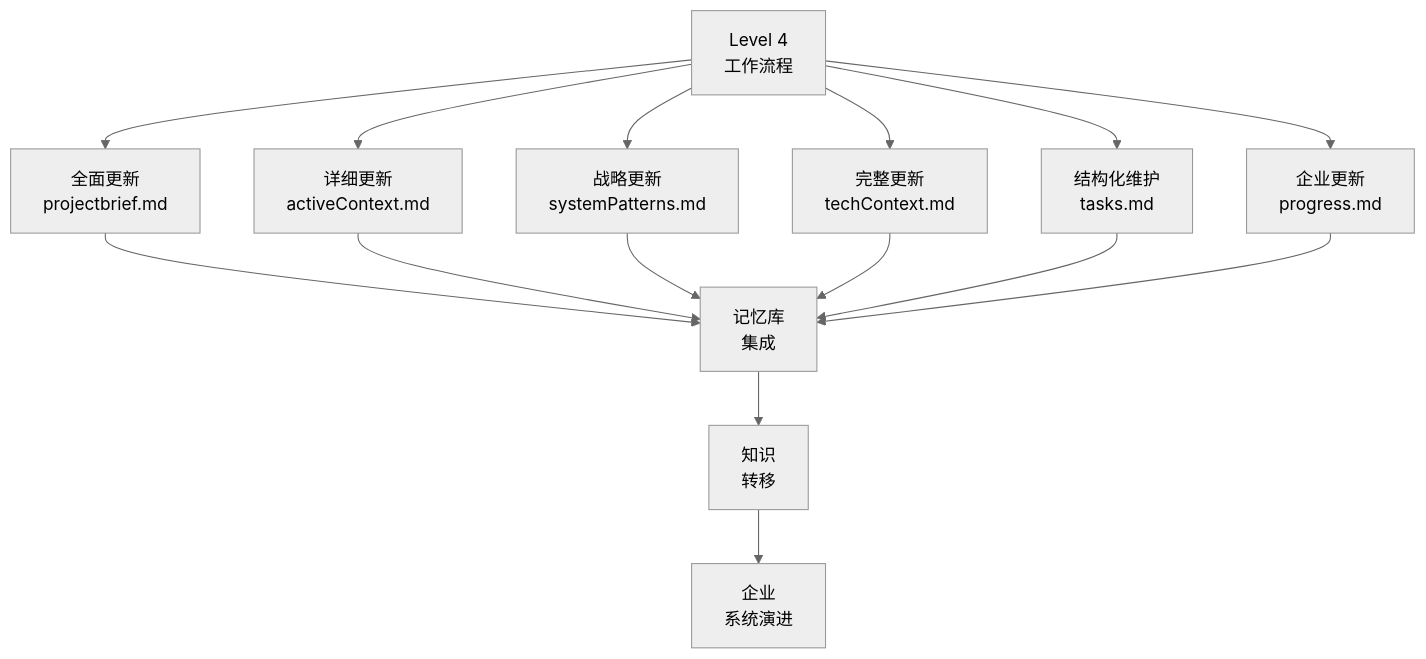
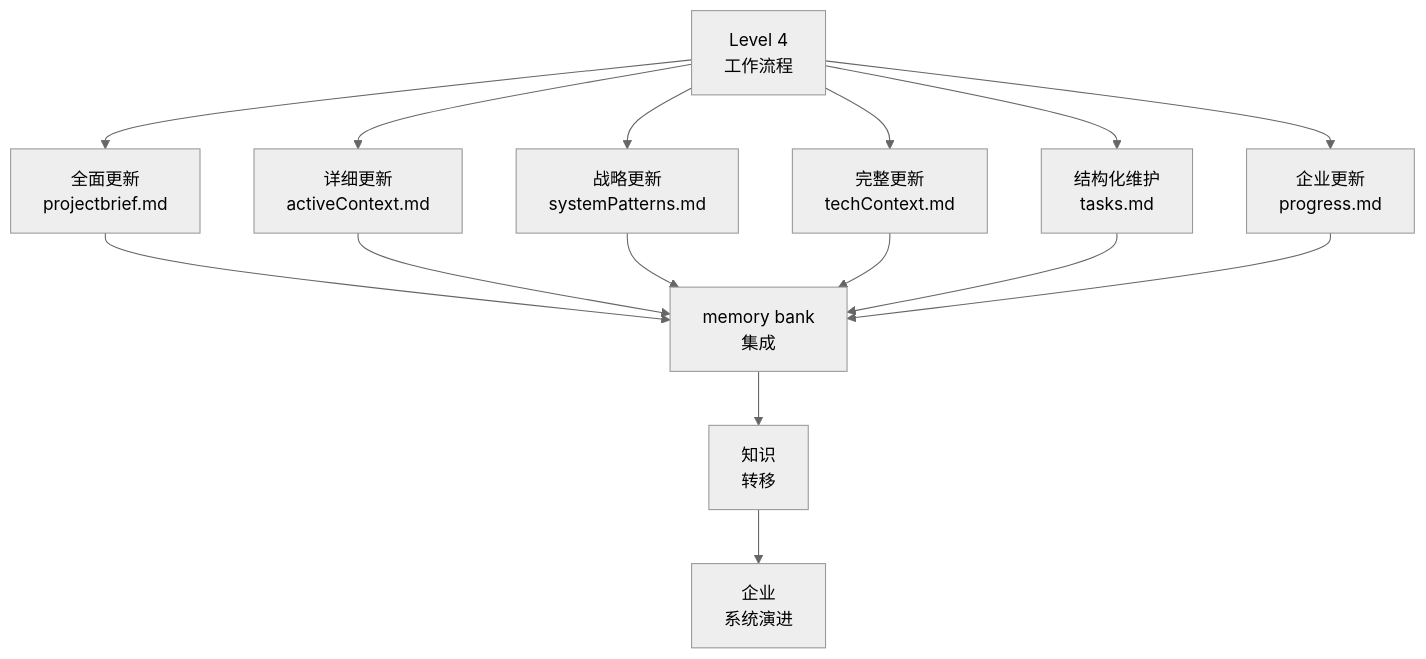
The tenth of 10 diagrams in .cursor/rules/isolation_rules/Level4/workflow-level4.mdc (autel-lizhuohang/cursor-memory-bank-cn), drawn with Mermaid (neutral theme) before and after one commit. The commit also changed other lines of this file and 33 other files, not shown here.

````diff
--- a/.cursor/rules/isolation_rules/Level4/workflow-level4.mdc
+++ b/.cursor/rules/isolation_rules/Level4/workflow-level4.mdc
@@ -397,13 +397,13 @@
 ```mermaid
 graph TD
     Workflow["Level 4<br>工作流程"] --> PB["全面更新<br>projectbrief.md"]
     Workflow --> AC["详细更新<br>activeContext.md"]
     Workflow --> SP["战略更新<br>systemPatterns.md"]
     Workflow --> TC["完整更新<br>techContext.md"]
     Workflow --> TM["结构化维护<br>tasks.md"]
     Workflow --> PM["企业更新<br>progress.md"]
 
-    PB & AC & SP & TC & TM & PM --> MB["记忆库<br>集成"]
+    PB & AC & SP & TC & TM & PM --> MB["memory bank<br>集成"]
     MB --> KT["知识<br>转移"]
     KT --> NextSystem["企业<br>系统演进"]
 ```
````
